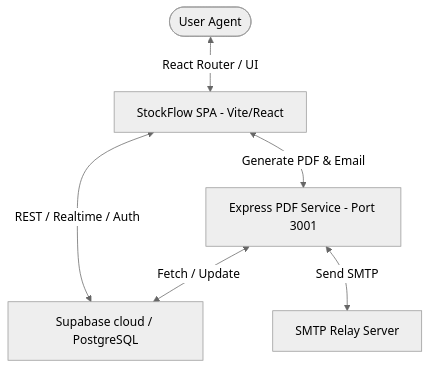
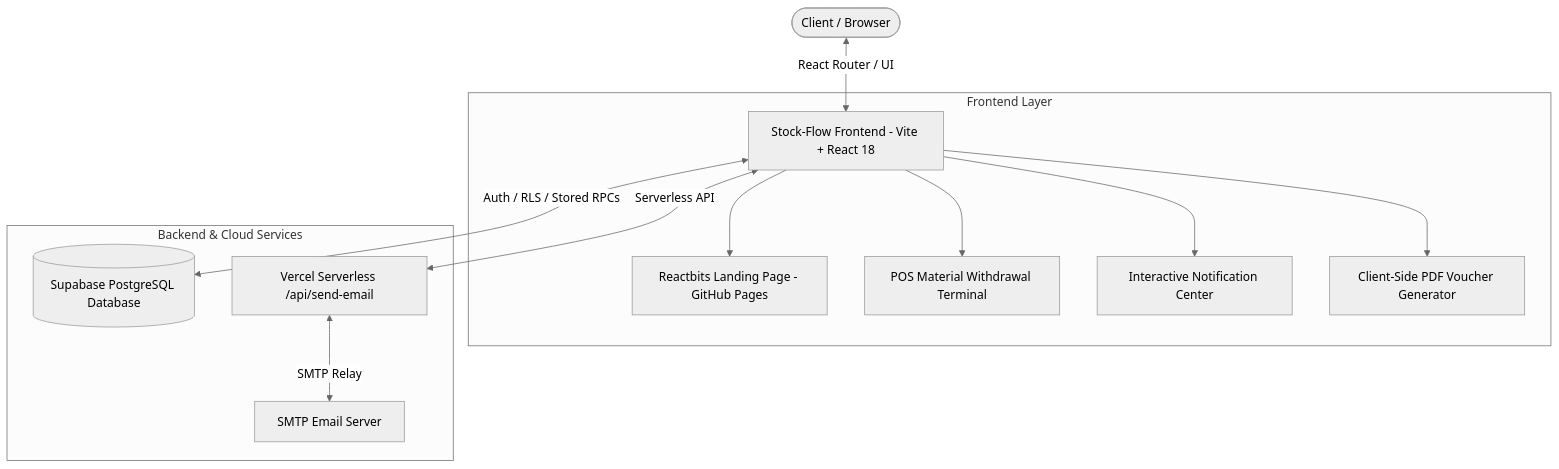
One commit to EEMEEMMEEx/Stock-Flow changed the diagram in README.md. Above: the diagram before and after it, drawn with Mermaid (neutral theme). The commit also changed other lines of this file, not shown here.

Commit message:
docs: update README.md with v1.0.0 features, Reactbits landing page, and system architecture

````diff
--- a/README.md
+++ b/README.md
@@ -56,8 +74,17 @@
 ```mermaid
 graph TD
-    User([User Agent]) <--> |React Router / UI| WebClient[StockFlow SPA - Vite/React]
-    WebClient <--> |REST / Realtime / Auth| Supabase[Supabase cloud / PostgreSQL]
-    WebClient <--> |Generate PDF & Email| PDFService[Express PDF Service - Port 3001]
-    PDFService <--> |Send SMTP| SMTP[SMTP Relay Server]
-    PDFService <--> |Fetch / Update| Supabase
+    User([Client / Browser]) <--> |React Router / UI| SPA[Stock-Flow Frontend - Vite + React 18]
+    
+    subgraph Frontend Layer
+        SPA --> Landing[Reactbits Landing Page - GitHub Pages]
+        SPA --> POS[POS Material Withdrawal Terminal]
+        SPA --> Notifications[Interactive Notification Center]
+        SPA --> PDFEngine[Client-Side PDF Voucher Generator]
+    end
+
+    subgraph Backend & Cloud Services
+        SPA <--> |Auth / RLS / Stored RPCs| Supabase[(Supabase PostgreSQL Database)]
+        SPA <--> |Serverless API| VercelAPI[Vercel Serverless /api/send-email]
+        VercelAPI <--> |SMTP Relay| MailServer[SMTP Email Server]
+    end
 ```
````
